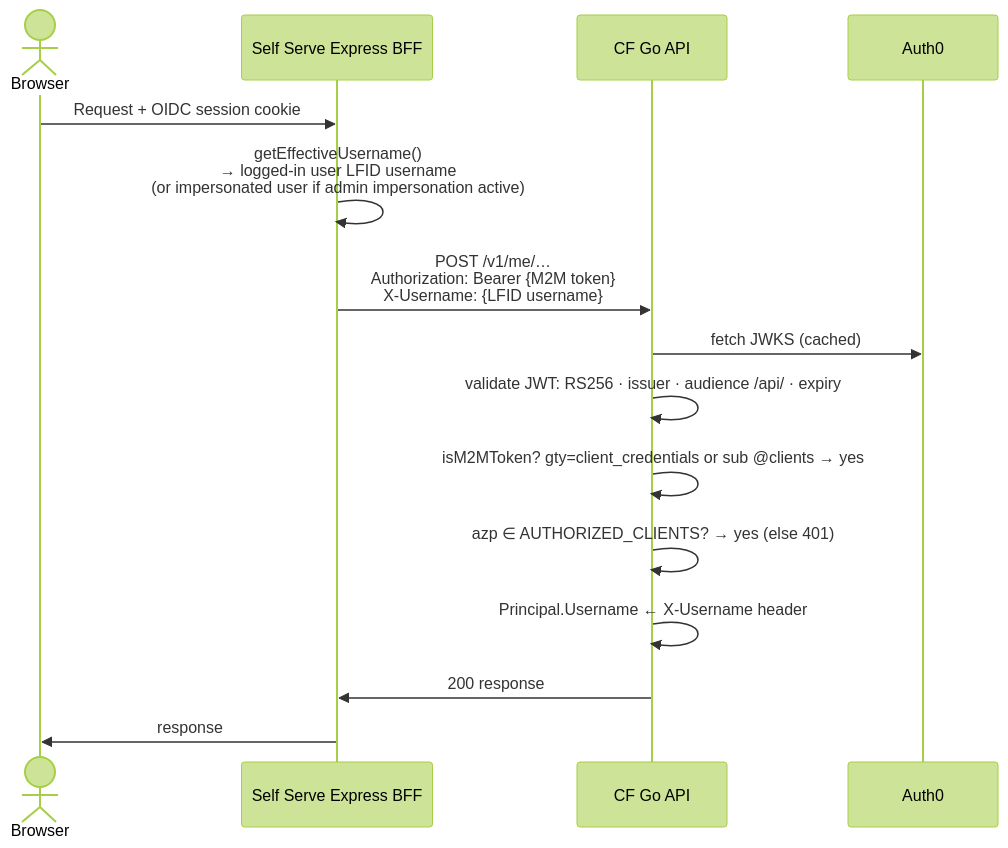
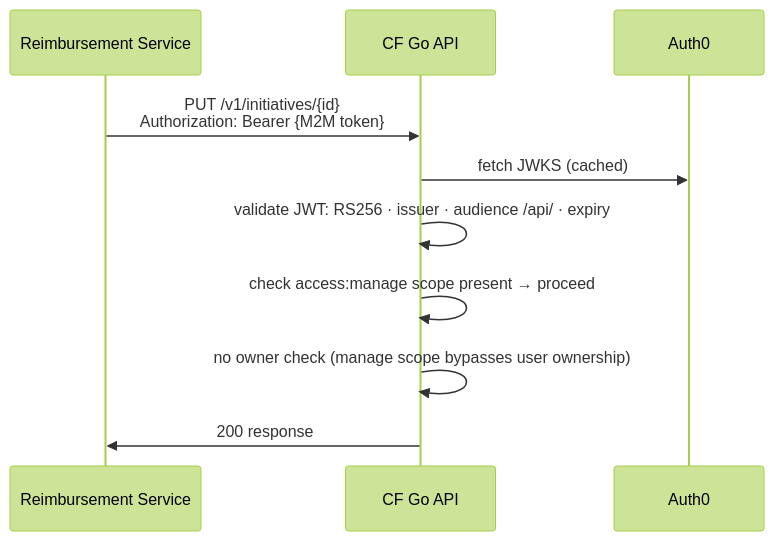
The seventh of 9 diagrams in backend/docs/rewrite/09-authentication-architecture.md (linuxfoundation/lfx-crowdfunding), drawn with Mermaid (forest theme) before and after one commit. The commit also changed other lines of this file, not shown here.

First line of the commit message:
docs(auth): redesign authentication architecture with dual-scope model

````diff
--- a/backend/docs/rewrite/09-authentication-architecture.md
+++ b/backend/docs/rewrite/09-authentication-architecture.md
@@ -148,18 +201,13 @@
 ```mermaid
 sequenceDiagram
-    actor User as Browser
-    participant SSBFF as Self Serve Express BFF
+    participant RS as Reimbursement Service
     participant API as CF Go API
     participant Auth0
 
-    User->>SSBFF: Request + OIDC session cookie
-    SSBFF->>SSBFF: getEffectiveUsername()<br/>→ logged-in user LFID username<br/>   (or impersonated user if admin impersonation active)
-    SSBFF->>API: POST /v1/me/…<br/>Authorization: Bearer {M2M token}<br/>X-Username: {LFID username}
+    RS->>API: PUT /v1/initiatives/{id}<br/>Authorization: Bearer {M2M token}
     API->>Auth0: fetch JWKS (cached)
     API->>API: validate JWT: RS256 · issuer · audience /api/ · expiry
-    API->>API: isM2MToken? gty=client_credentials or sub @clients → yes
-    API->>API: azp ∈ AUTHORIZED_CLIENTS? → yes (else 401)
-    API->>API: Principal.Username ← X-Username header
-    API->>SSBFF: 200 response
-    SSBFF->>User: response
+    API->>API: check access:manage scope present → proceed
+    API->>API: no owner check (manage scope bypasses user ownership)
+    API->>RS: 200 response
 ```
````
